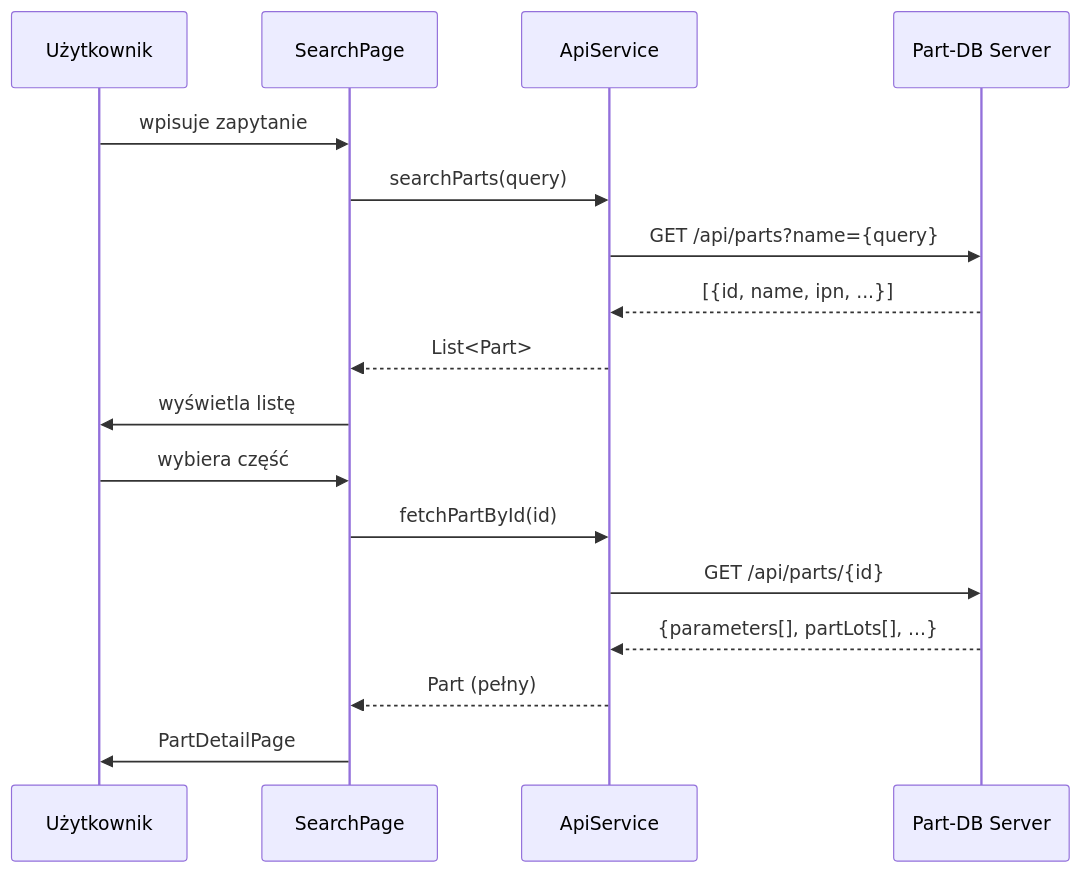
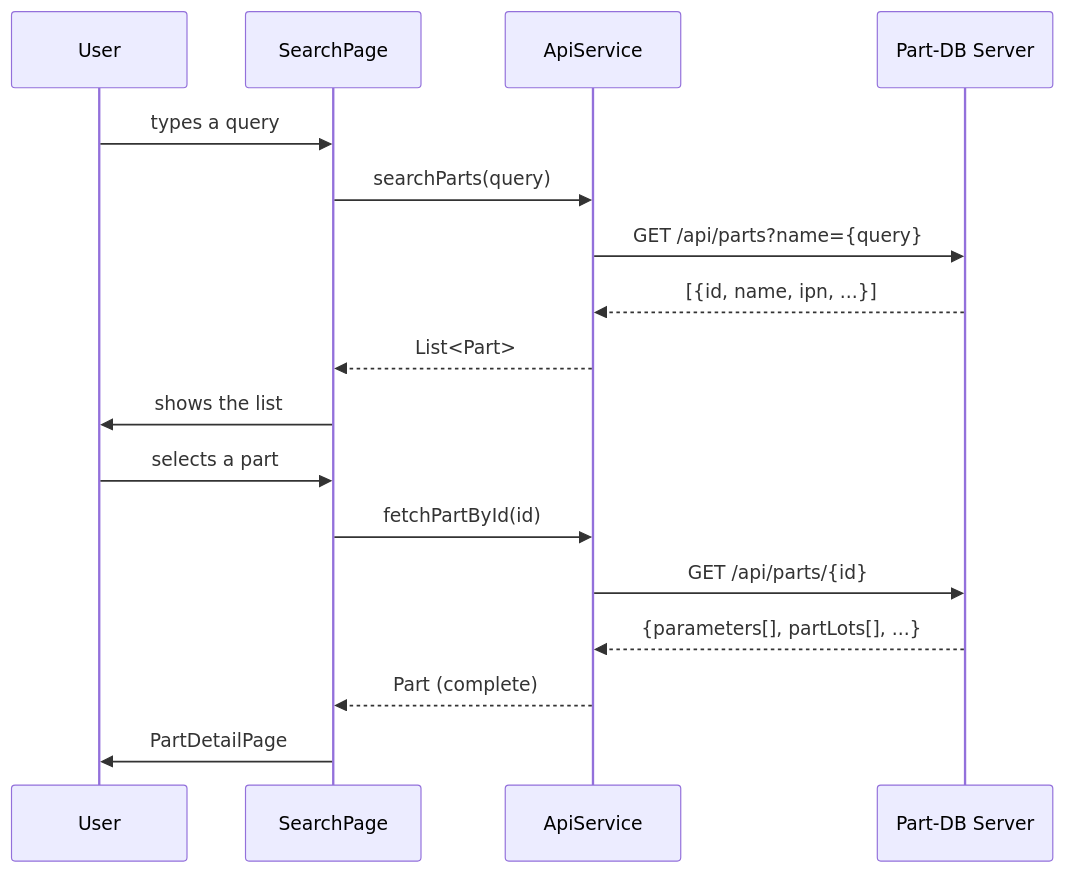
Before and after one commit to bartkepl/partdb_scanner: the second of 2 diagrams in doc/docs/architecture/index.md, drawn with Mermaid. The commit also changed other lines of this file and 29 other files, not shown here.

````diff
--- a/doc/docs/architecture/index.md
+++ b/doc/docs/architecture/index.md
@@ -88,21 +88,21 @@
 ```mermaid
 sequenceDiagram
-    participant U as Użytkownik
+    participant U as User
     participant P as SearchPage
     participant A as ApiService
     participant S as Part-DB Server
 
-    U->>P: wpisuje zapytanie
+    U->>P: types a query
     P->>A: searchParts(query)
     A->>S: GET /api/parts?name={query}
     S-->>A: [{id, name, ipn, ...}]
     A-->>P: List<Part>
-    P->>U: wyświetla listę
+    P->>U: shows the list
 
-    U->>P: wybiera część
+    U->>P: selects a part
     P->>A: fetchPartById(id)
     A->>S: GET /api/parts/{id}
     S-->>A: {parameters[], partLots[], ...}
-    A-->>P: Part (pełny)
+    A-->>P: Part (complete)
     P->>U: PartDetailPage
 ```
````
